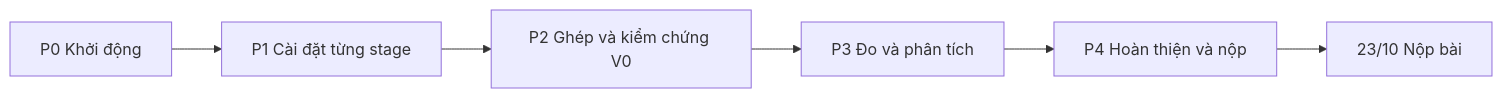
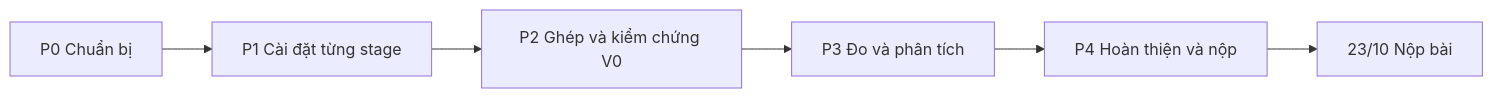
One commit to nh-atuan/panorama-stitching changed the diagram in docs/midterm-plan.md. Above: the diagram before and after it, drawn with Mermaid. The commit also changed other lines of this file and 5 other files, not shown here.

````diff
--- a/docs/midterm-plan.md
+++ b/docs/midterm-plan.md
@@ -51,8 +51,8 @@
 ```mermaid
 flowchart LR
-    P0["P0 Khởi động"] --> P1["P1 Cài đặt từng stage"]
+    P0["P0 Chuẩn bị"] --> P1["P1 Cài đặt từng stage"]
     P1 --> P2["P2 Ghép và kiểm chứng V0"]
     P2 --> P3["P3 Đo và phân tích"]
     P3 --> P4["P4 Hoàn thiện và nộp"]
     P4 --> END["23/10 Nộp bài"]
 ```
````
